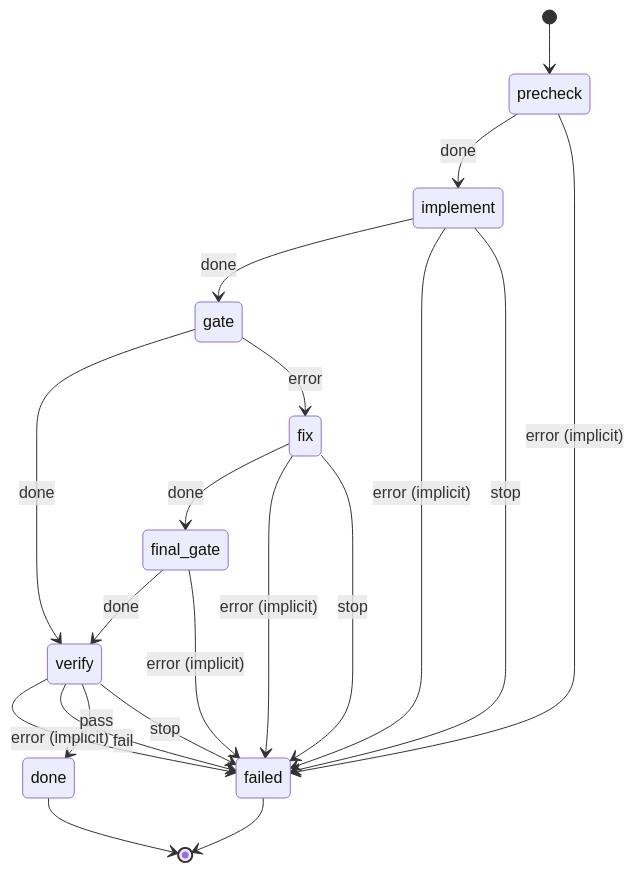
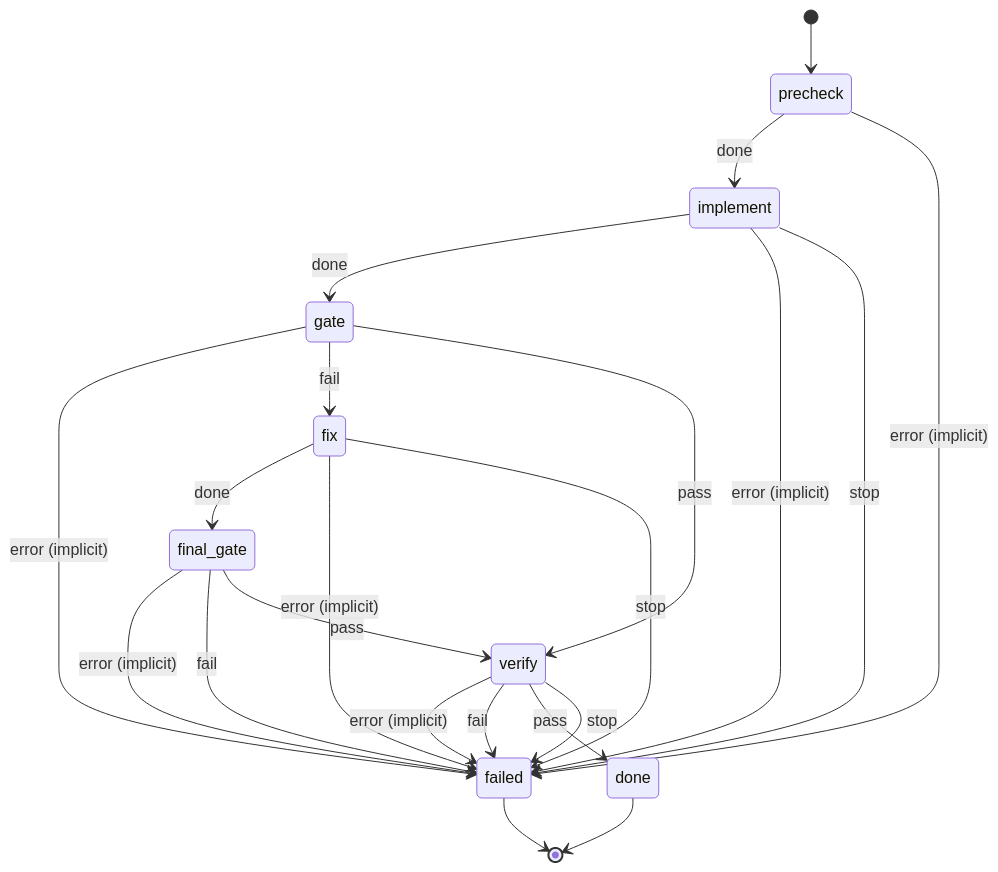
The diagram in .decree/graph/develop.md (jtmckay/decree), drawn with Mermaid before and after one commit. The commit also changed 2 other files, not shown here.

Commit message:
This repository's develop: the gate names pass or fail, as the template now does
The cargo checks stay one per line, which tests/ci_test.rs reads to keep the
CI workflow the same. Checked: passing checks name pass, a missing cargo exits
1 without naming an event.

Claude-Session: https://claude.ai/code/session_01A6o8pyXSmNCKw42RCuAArJ

````diff
--- a/.decree/graph/develop.md
+++ b/.decree/graph/develop.md
@@ -7,22 +7,24 @@
 ```mermaid
 stateDiagram-v2
     [*] --> precheck
-    final_gate --> verify: done
     final_gate --> failed: error (implicit)
+    final_gate --> failed: fail
+    final_gate --> verify: pass
     fix --> final_gate: done
     fix --> failed: error (implicit)
     fix --> failed: stop
-    gate --> verify: done
-    gate --> fix: error
+    gate --> failed: error (implicit)
+    gate --> fix: fail
+    gate --> verify: pass
     implement --> gate: done
     implement --> failed: error (implicit)
     implement --> failed: stop
     precheck --> implement: done
     precheck --> failed: error (implicit)
     verify --> failed: error (implicit)
     verify --> failed: fail
     verify --> done: pass
     verify --> failed: stop
     done --> [*]
     failed --> [*]
 ```
````
